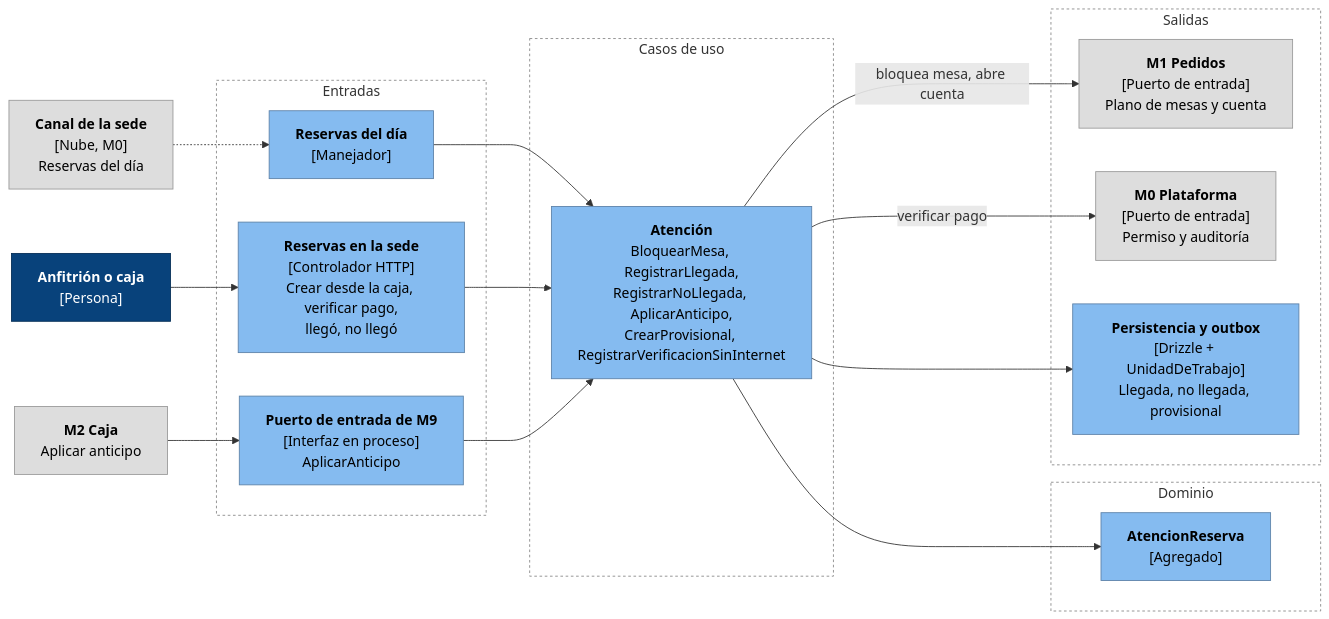
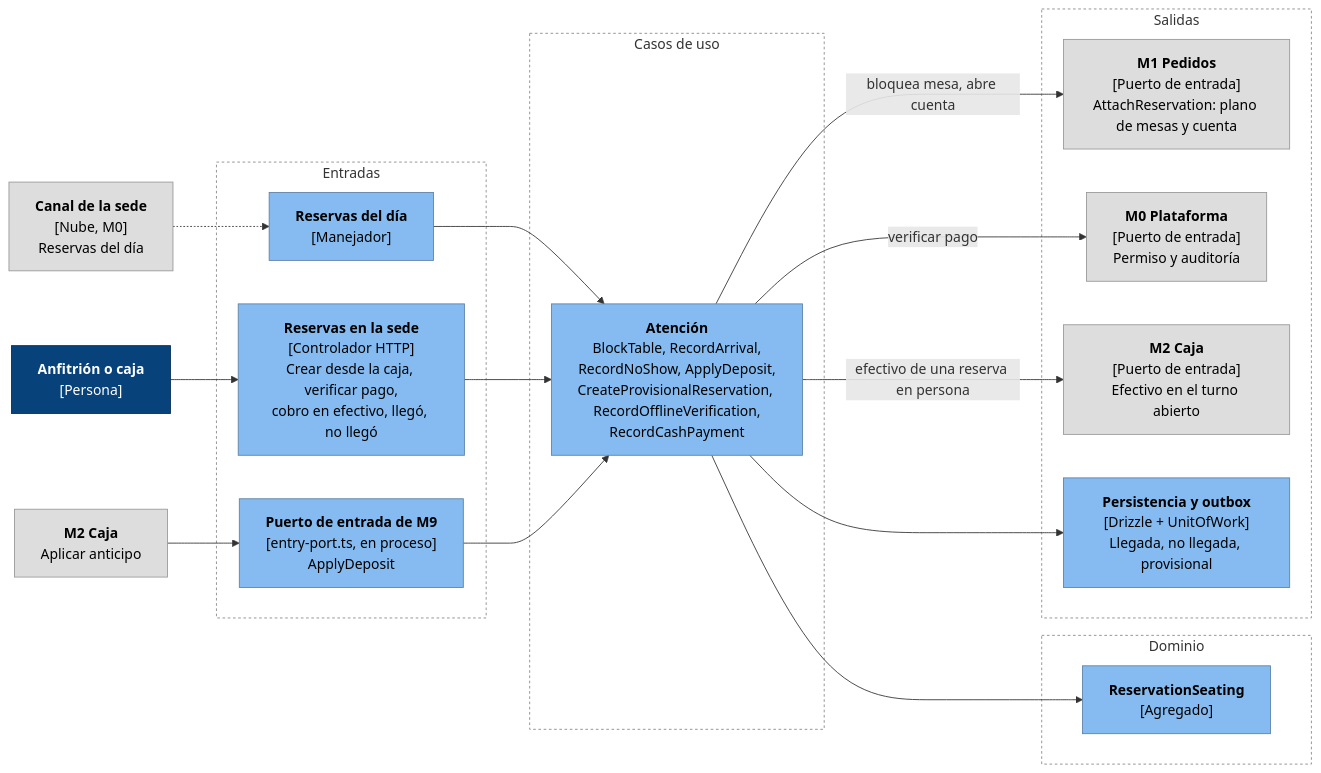
The second of 2 diagrams in docs/arquitectura/componentes/c4-m9-reservas.md (CesarJOtizM/blackHole), drawn with Mermaid before and after one commit. The commit also changed other lines of this file and 159 other files, not shown here.

````diff
--- a/docs/arquitectura/componentes/c4-m9-reservas.md
+++ b/docs/arquitectura/componentes/c4-m9-reservas.md
@@ -89,48 +89,50 @@
 ```mermaid
 flowchart LR
   CAN["<b>Canal de la sede</b><br/>[Nube, M0]<br/>Reservas del día"]:::modulo
   ANF["<b>Anfitrión o caja</b><br/>[Persona]"]:::persona
   M2I["<b>M2 Caja</b><br/>Aplicar anticipo"]:::modulo
 
   subgraph Entradas["Entradas"]
     EVT["<b>Reservas del día</b><br/>[Manejador]"]:::componente
-    HN["<b>Reservas en la sede</b><br/>[Controlador HTTP]<br/>Crear desde la caja, verificar pago,<br/>llegó, no llegó"]:::componente
-    PIE["<b>Puerto de entrada de M9</b><br/>[Interfaz en proceso]<br/>AplicarAnticipo"]:::componente
+    HN["<b>Reservas en la sede</b><br/>[Controlador HTTP]<br/>Crear desde la caja, verificar pago,<br/>cobro en efectivo, llegó, no llegó"]:::componente
+    PIE["<b>Puerto de entrada de M9</b><br/>[entry-port.ts, en proceso]<br/>ApplyDeposit"]:::componente
   end
 
   subgraph Aplicacion["Casos de uso"]
-    UC_ATE["<b>Atención</b><br/>BloquearMesa, RegistrarLlegada,<br/>RegistrarNoLlegada, AplicarAnticipo,<br/>CrearProvisional, RegistrarVerificacionSinInternet"]:::componente
+    UC_ATE["<b>Atención</b><br/>BlockTable, RecordArrival,<br/>RecordNoShow, ApplyDeposit,<br/>CreateProvisionalReservation, RecordOfflineVerification,<br/>RecordCashPayment"]:::componente
   end
 
   subgraph Dominio["Dominio"]
-    D_ATE["<b>AtencionReserva</b><br/>[Agregado]"]:::componente
+    D_ATE["<b>ReservationSeating</b><br/>[Agregado]"]:::componente
   end
 
   subgraph Salida["Salidas"]
-    M1["<b>M1 Pedidos</b><br/>[Puerto de entrada]<br/>Plano de mesas y cuenta"]:::modulo
+    M1["<b>M1 Pedidos</b><br/>[Puerto de entrada]<br/>AttachReservation: plano de mesas y cuenta"]:::modulo
     M0["<b>M0 Plataforma</b><br/>[Puerto de entrada]<br/>Permiso y auditoría"]:::modulo
-    OUT["<b>Persistencia y outbox</b><br/>[Drizzle + UnidadDeTrabajo]<br/>Llegada, no llegada, provisional"]:::componente
+    M2O["<b>M2 Caja</b><br/>[Puerto de entrada]<br/>Efectivo en el turno abierto"]:::modulo
+    OUT["<b>Persistencia y outbox</b><br/>[Drizzle + UnitOfWork]<br/>Llegada, no llegada, provisional"]:::componente
   end
 
   CAN -.-> EVT
   ANF --> HN
   M2I --> PIE
 
   EVT --> UC_ATE
   HN --> UC_ATE
   PIE --> UC_ATE
 
   UC_ATE --> D_ATE
 
   UC_ATE -- "bloquea mesa, abre cuenta" --> M1
   UC_ATE -- "verificar pago" --> M0
+  UC_ATE -- "efectivo de una reserva en persona" --> M2O
   UC_ATE --> OUT
 
   classDef persona fill:#08427b,stroke:#052e56,color:#fff
   classDef componente fill:#85bbf0,stroke:#5d82a8,color:#000
   classDef modulo fill:#dddddd,stroke:#999999,color:#000
   style Entradas fill:none,stroke:#888,stroke-dasharray: 3 3
   style Aplicacion fill:none,stroke:#888,stroke-dasharray: 3 3
   style Dominio fill:none,stroke:#888,stroke-dasharray: 3 3
   style Salida fill:none,stroke:#888,stroke-dasharray: 3 3
 ```
````
